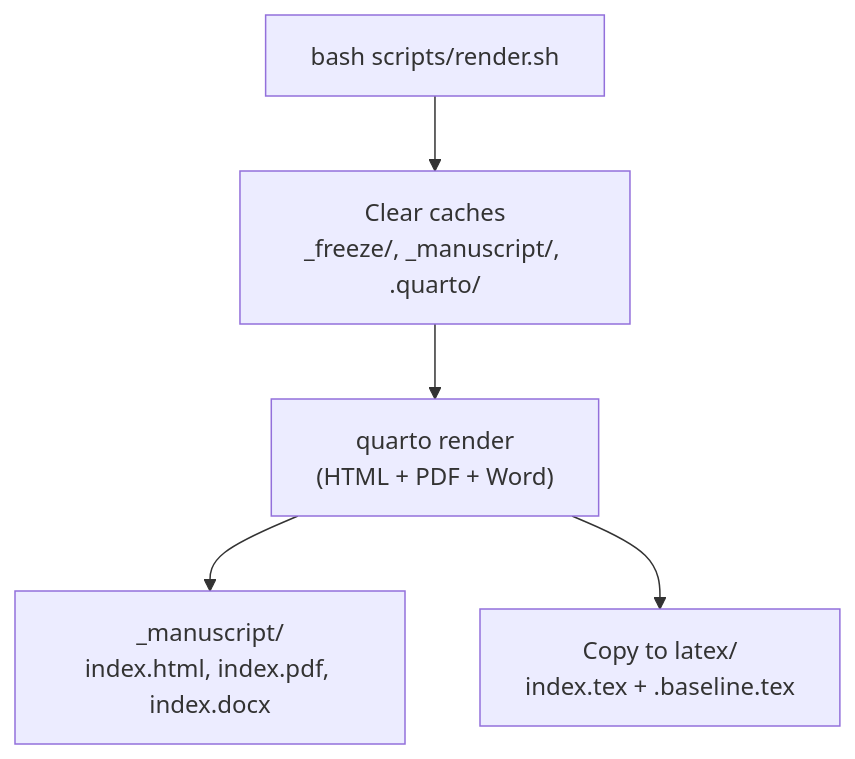
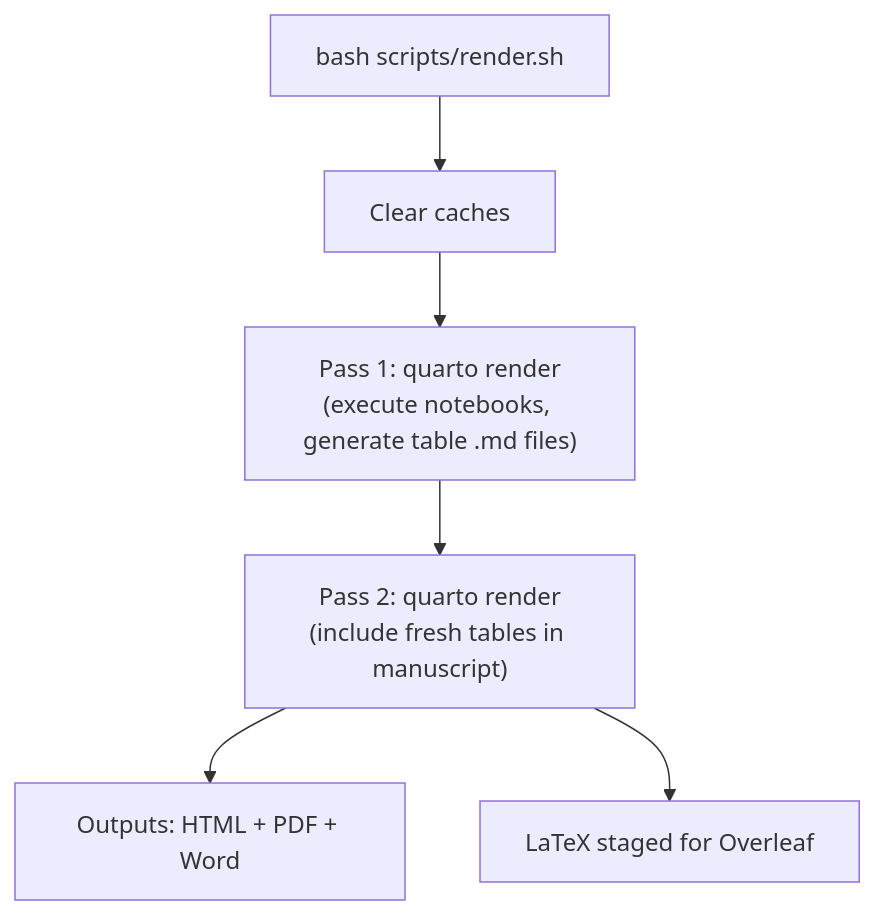
One commit to quarcs-lab/project20XXy changed the second of 3 diagrams in README.md. Above: the diagram before and after it, drawn with Mermaid. The commit also changed other lines of this file and 54 other files, not shown here.

First line of the commit message:
Redesign notebooks as panel data tutorials with professional tables and figures

````diff
--- a/README.md
+++ b/README.md
@@ -229,7 +184,8 @@
 ```mermaid
 flowchart TD
-    A["bash scripts/render.sh"] --> B["Clear caches<br/>_freeze/, _manuscript/, .quarto/"]
-    B --> C["quarto render<br/>(HTML + PDF + Word)"]
-    C --> D["_manuscript/<br/>index.html, index.pdf, index.docx"]
-    C --> E["Copy to latex/<br/>index.tex + .baseline.tex"]
+    A["bash scripts/render.sh"] --> B["Clear caches"]
+    B --> C["Pass 1: quarto render<br/>(execute notebooks, generate table .md files)"]
+    C --> D["Pass 2: quarto render<br/>(include fresh tables in manuscript)"]
+    D --> E["Outputs: HTML + PDF + Word"]
+    D --> F["LaTeX staged for Overleaf"]
 ```
````
